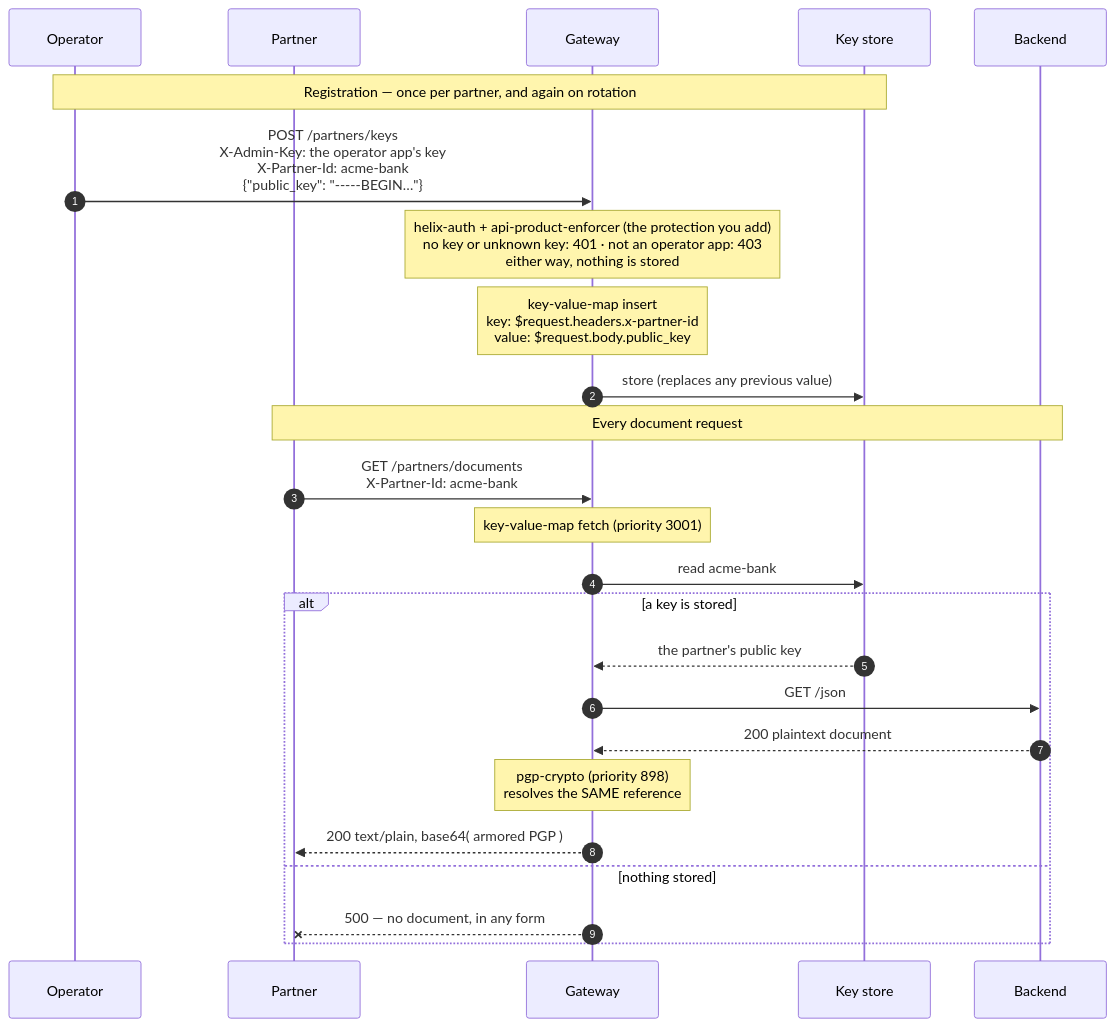
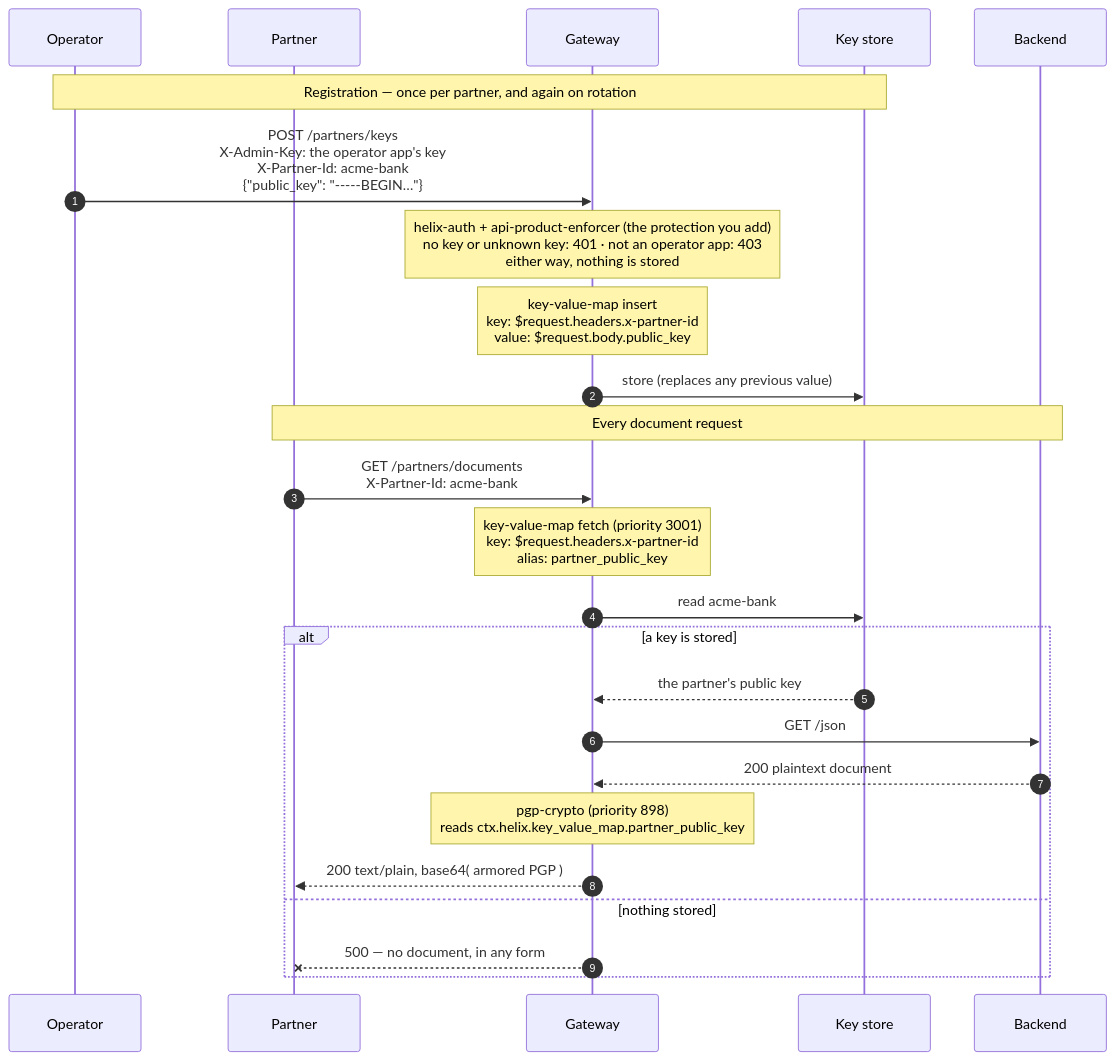
The diagram in solutions/14-per-partner-pgp-keys/architecture.md (digitalapicraft/api-gateway-solutions), drawn with Mermaid before and after one commit. The commit also changed other lines of this file and 16 other files, not shown here.

First line of the commit message:
Fix 14's key reference, prove its registration-route protection, and give app bodies a display name

````diff
--- a/solutions/14-per-partner-pgp-keys/architecture.md
+++ b/solutions/14-per-partner-pgp-keys/architecture.md
@@ -41,29 +42,29 @@
 ```mermaid
 sequenceDiagram
     autonumber
     participant OP as Operator
     participant P as Partner
     participant GW as Gateway
     participant KV as Key store
     participant UP as Backend
 
     Note over OP,KV: Registration — once per partner, and again on rotation
     OP->>GW: POST /partners/keys<br/>X-Admin-Key: the operator app's key<br/>X-Partner-Id: acme-bank<br/>{"public_key": "-----BEGIN…"}
     Note over GW: helix-auth + api-product-enforcer (the protection you add)<br/>no key or unknown key: 401 · not an operator app: 403<br/>either way, nothing is stored
     Note over GW: key-value-map insert<br/>key: $request.headers.x-partner-id<br/>value: $request.body.public_key
     GW->>KV: store (replaces any previous value)
 
     Note over P,UP: Every document request
     P->>GW: GET /partners/documents<br/>X-Partner-Id: acme-bank
-    Note over GW: key-value-map fetch (priority 3001)
+    Note over GW: key-value-map fetch (priority 3001)<br/>key: $request.headers.x-partner-id<br/>alias: partner_public_key
     GW->>KV: read acme-bank
     alt a key is stored
         KV-->>GW: the partner's public key
         GW->>UP: GET /json
         UP-->>GW: 200 plaintext document
-        Note over GW: pgp-crypto (priority 898)<br/>resolves the SAME reference
+        Note over GW: pgp-crypto (priority 898)<br/>reads ctx.helix.key_value_map.partner_public_key
         GW-->>P: 200 text/plain, base64( armored PGP )
     else nothing stored
         GW--xP: 500 — no document, in any form
     end
 ```
````
